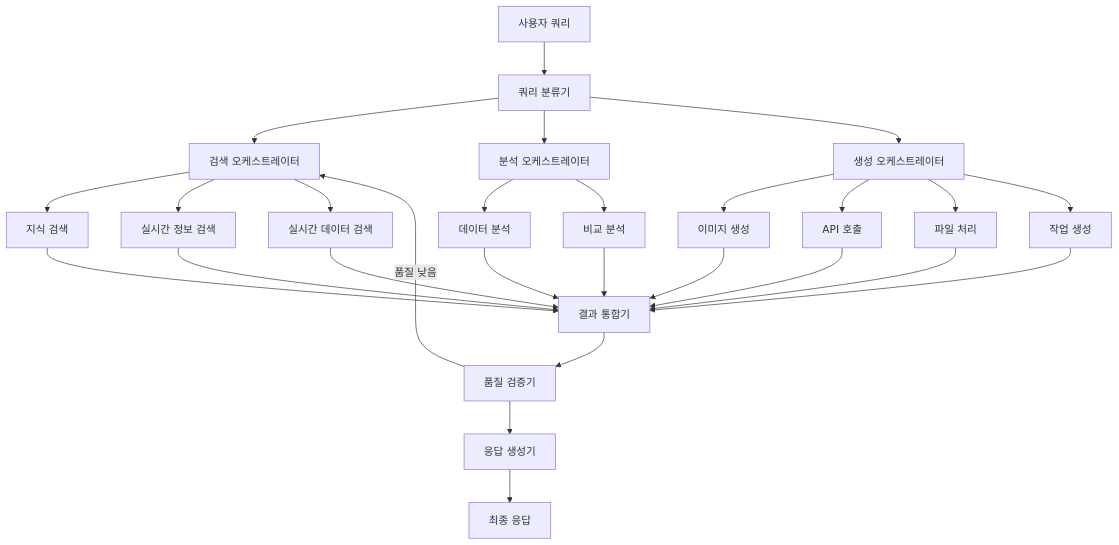
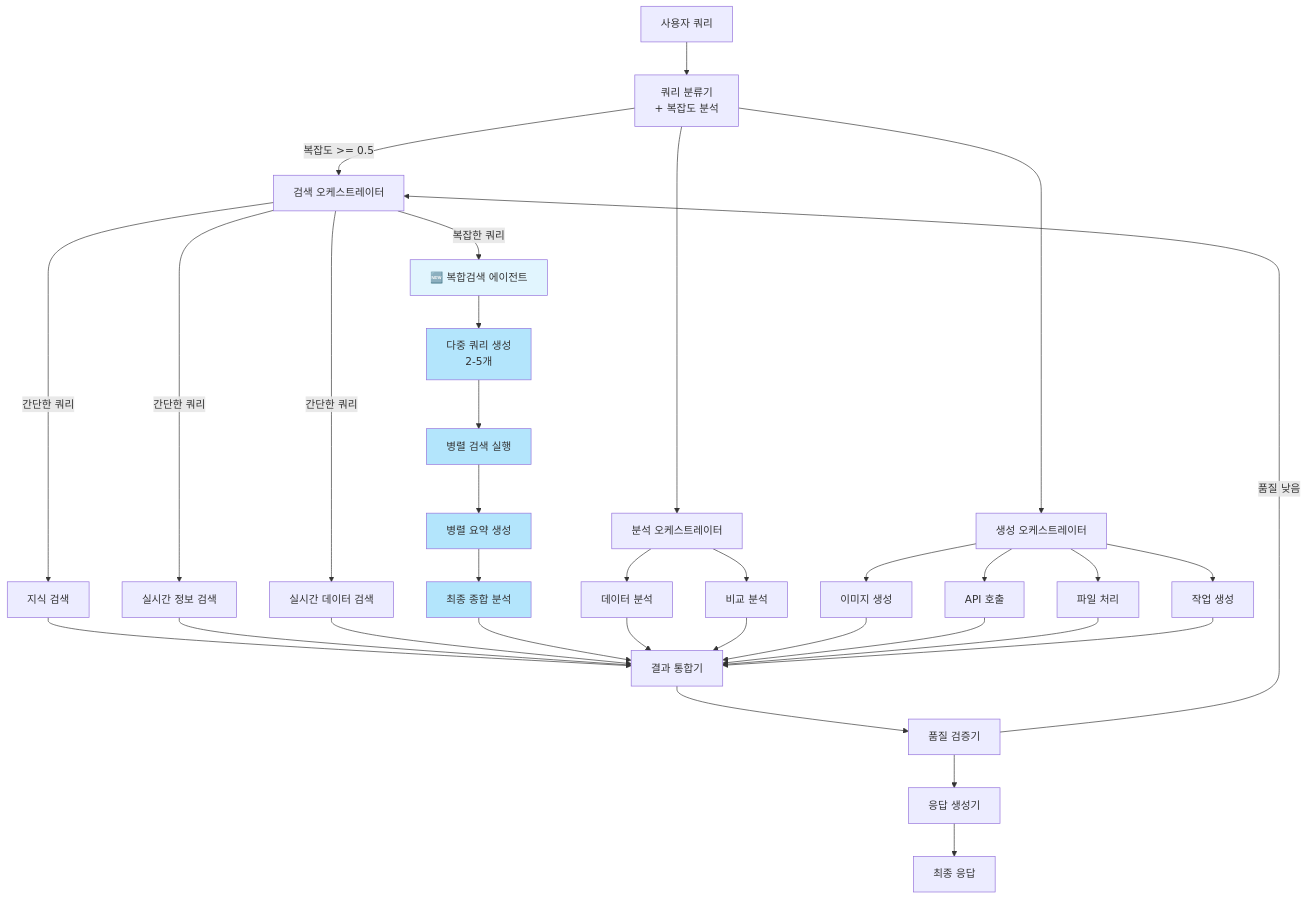
The diagram in README.md (NEOS-AI/neos), drawn with Mermaid before and after one commit. The commit also changed other lines of this file, not shown here.

````diff
--- a/README.md
+++ b/README.md
@@ -30,34 +39,47 @@
 ```mermaid
 graph TB
-    A[사용자 쿼리] --> B[쿼리 분류기]
-    B --> C[검색 오케스트레이터]
-    B --> D[분석 오케스트레이터] 
+    A[사용자 쿼리] --> B[쿼리 분류기<br/>+ 복잡도 분석]
+    B -->|복잡도 >= 0.5| C[검색 오케스트레이터]
+    B --> D[분석 오케스트레이터]
     B --> E[생성 오케스트레이터]
-    
-    C --> C1[지식 검색]
-    C --> C2[실시간 정보 검색]
-    C --> C3[실시간 데이터 검색]
-    
+
+    C -->|간단한 쿼리| C1[지식 검색]
+    C -->|간단한 쿼리| C2[실시간 정보 검색]
+    C -->|간단한 쿼리| C3[실시간 데이터 검색]
+    C -->|복잡한 쿼리| C4[🆕 복합검색 에이전트]
+
+    C4 --> C4A[다중 쿼리 생성<br/>2-5개]
+    C4A --> C4B[병렬 검색 실행]
+    C4B --> C4C[병렬 요약 생성]
+    C4C --> C4D[최종 종합 분석]
+
     D --> D1[데이터 분석]
     D --> D2[비교 분석]
-    
+
     E --> E1[이미지 생성]
     E --> E2[API 호출]
     E --> E3[파일 처리]
     E --> E4[작업 생성]
-    
+
     C1 --> F[결과 통합기]
     C2 --> F
     C3 --> F
+    C4D --> F
     D1 --> F
     D2 --> F
     E1 --> F
     E2 --> F
     E3 --> F
     E4 --> F
-    
+
     F --> G[품질 검증기]
     G --> H[응답 생성기]
     G -->|품질 낮음| C
     H --> I[최종 응답]
+
+    style C4 fill:#e1f5fe
+    style C4A fill:#b3e5fc
+    style C4B fill:#b3e5fc
+    style C4C fill:#b3e5fc
+    style C4D fill:#b3e5fc
 ```
````
